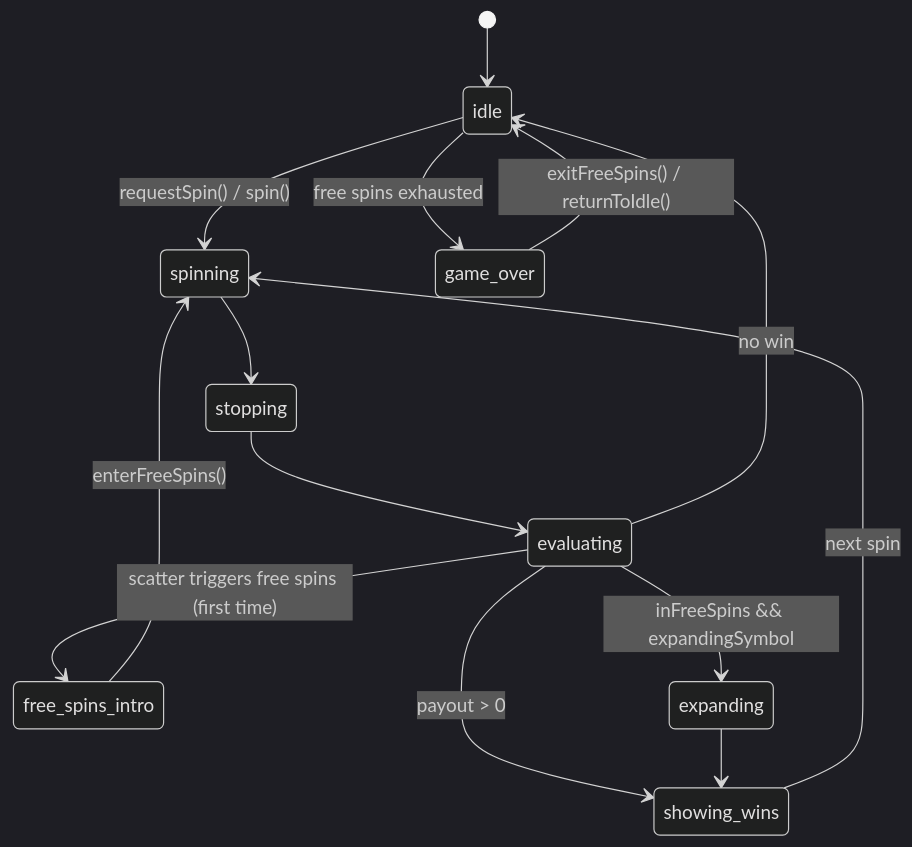
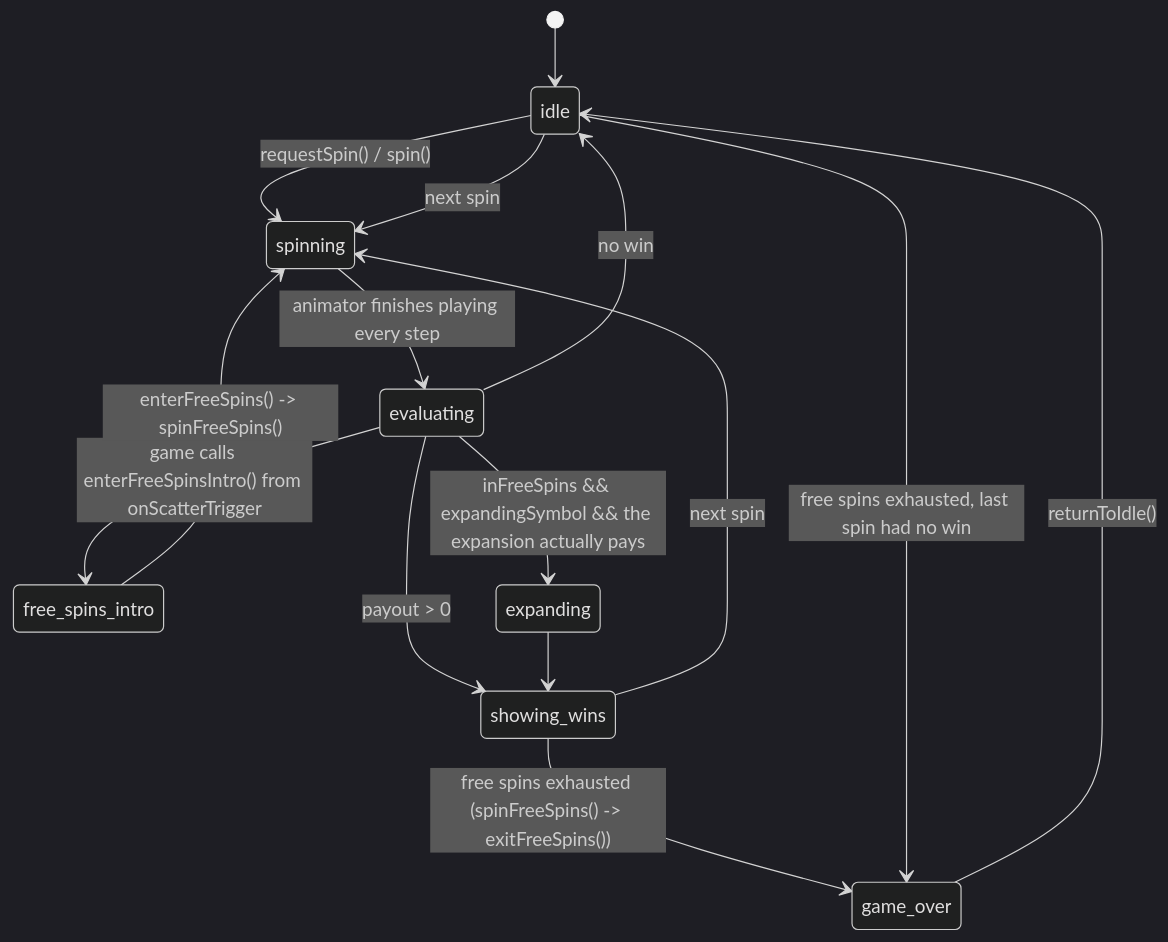
Before and after one commit to kiforsbe/slotmaster: the second of 2 diagrams in docs/ARCHITECTURE.md, drawn with Mermaid (dark theme). The commit also changed other lines of this file and 1 other file, not shown here.

First line of the commit message:
docs: catch up README/ARCHITECTURE with the CoreSlotEngine refactor

````diff
--- a/docs/ARCHITECTURE.md
+++ b/docs/ARCHITECTURE.md
@@ -199,16 +276,17 @@
 ```mermaid
 stateDiagram-v2
     [*] --> idle
     idle --> spinning: requestSpin() / spin()
-    spinning --> stopping
-    stopping --> evaluating
-    evaluating --> free_spins_intro: scatter triggers free spins (first time)
-    evaluating --> expanding: inFreeSpins && expandingSymbol
+    spinning --> evaluating: animator finishes playing every step
+    evaluating --> free_spins_intro: game calls enterFreeSpinsIntro() from onScatterTrigger
+    evaluating --> expanding: inFreeSpins && expandingSymbol && the expansion actually pays
     evaluating --> showing_wins: payout > 0
     evaluating --> idle: no win
     expanding --> showing_wins
-    free_spins_intro --> spinning: enterFreeSpins()
+    free_spins_intro --> spinning: enterFreeSpins() -> spinFreeSpins()
     showing_wins --> spinning: next spin
-    idle --> game_over: free spins exhausted
-    game_over --> idle: exitFreeSpins() / returnToIdle()
+    idle --> spinning: next spin
+    showing_wins --> game_over: free spins exhausted (spinFreeSpins() -> exitFreeSpins())
+    idle --> game_over: free spins exhausted, last spin had no win
+    game_over --> idle: returnToIdle()
 ```
````
